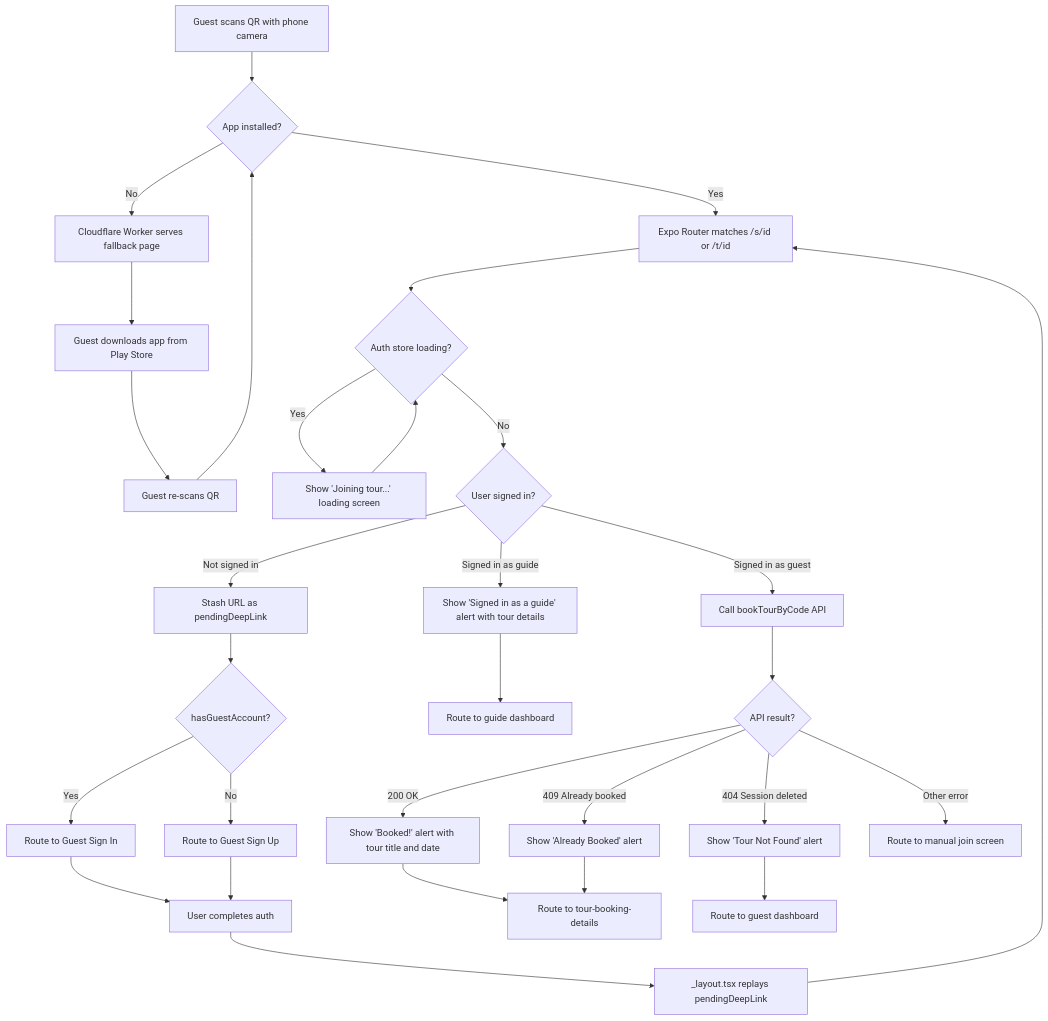
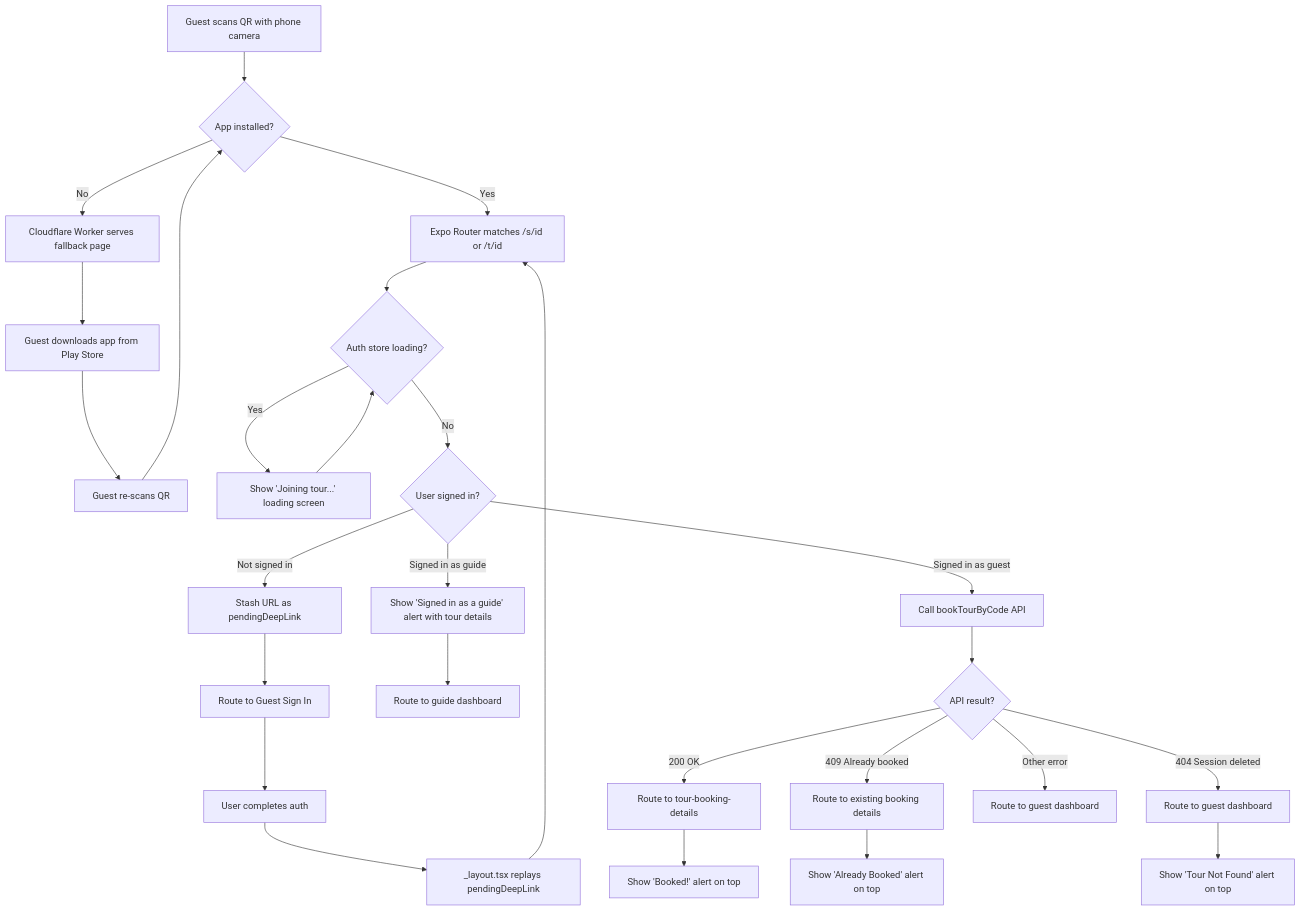
One commit to wariya-placehub/triptoe-docs changed the first of 3 diagrams in 9b_feature_tour_joining_flow.md. Above: the diagram before and after it, drawn with Mermaid. The commit also changed other lines of this file and 7 other files, not shown here.

````diff
--- a/9b_feature_tour_joining_flow.md
+++ b/9b_feature_tour_joining_flow.md
@@ -28,43 +28,40 @@
 ```mermaid
 flowchart TD
     SCAN[Guest scans QR with phone camera] --> INSTALLED{App installed?}
 
     INSTALLED -->|No| WORKER[Cloudflare Worker serves fallback page]
     WORKER --> DOWNLOAD[Guest downloads app from Play Store]
     DOWNLOAD --> RESCAN[Guest re-scans QR]
     RESCAN --> INSTALLED
 
     INSTALLED -->|Yes| ROUTER[Expo Router matches /s/id or /t/id]
     ROUTER --> AUTH_LOADING{Auth store loading?}
 
     AUTH_LOADING -->|Yes| WAIT[Show 'Joining tour...' loading screen]
     WAIT --> AUTH_LOADING
 
     AUTH_LOADING -->|No| AUTH{User signed in?}
 
     AUTH -->|Not signed in| STASH[Stash URL as pendingDeepLink]
-    STASH --> HAS_ACCOUNT{hasGuestAccount?}
-    HAS_ACCOUNT -->|Yes| SIGNIN[Route to Guest Sign In]
-    HAS_ACCOUNT -->|No| SIGNUP[Route to Guest Sign Up]
+    STASH --> SIGNIN[Route to Guest Sign In]
     SIGNIN --> LOGIN_COMPLETE[User completes auth]
-    SIGNUP --> LOGIN_COMPLETE
     LOGIN_COMPLETE --> REPLAY[_layout.tsx replays pendingDeepLink]
     REPLAY --> ROUTER
 
     AUTH -->|Signed in as guide| GUIDE_ALERT[Show 'Signed in as a guide' alert with tour details]
     GUIDE_ALERT --> GUIDE_DASH[Route to guide dashboard]
 
     AUTH -->|Signed in as guest| BOOK_API[Call bookTourByCode API]
 
     BOOK_API --> SUCCESS{API result?}
-    SUCCESS -->|200 OK| CONFIRM[Show 'Booked!' alert with tour title and date]
-    CONFIRM --> DETAILS[Route to tour-booking-details]
+    SUCCESS -->|200 OK| DETAILS[Route to tour-booking-details]
+    DETAILS --> CONFIRM[Show 'Booked!' alert on top]
 
-    SUCCESS -->|409 Already booked| ALREADY[Show 'Already Booked' alert]
-    ALREADY --> DETAILS
+    SUCCESS -->|409 Already booked| EXISTING[Route to existing booking details]
+    EXISTING --> ALREADY[Show 'Already Booked' alert on top]
 
-    SUCCESS -->|404 Session deleted| NOT_FOUND[Show 'Tour Not Found' alert]
-    NOT_FOUND --> GUEST_DASH[Route to guest dashboard]
+    SUCCESS -->|404 Session deleted| GUEST_DASH[Route to guest dashboard]
+    GUEST_DASH --> NOT_FOUND[Show 'Tour Not Found' alert on top]
 
-    SUCCESS -->|Other error| FALLBACK[Route to manual join screen]
+    SUCCESS -->|Other error| FALLBACK[Route to guest dashboard]
 ```
````
